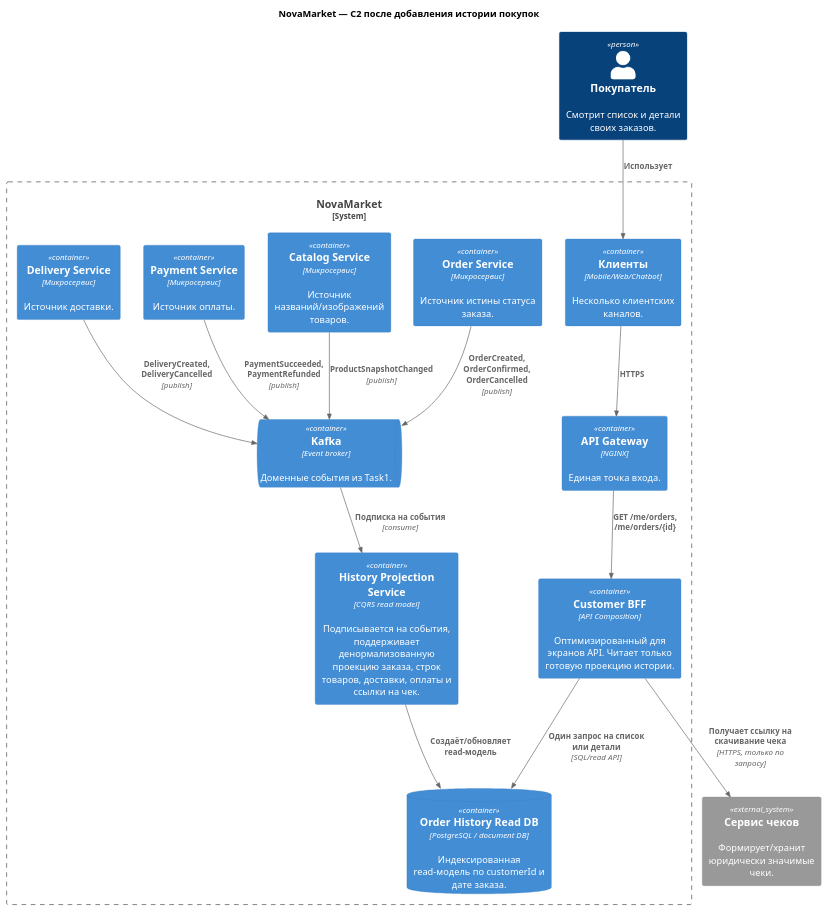
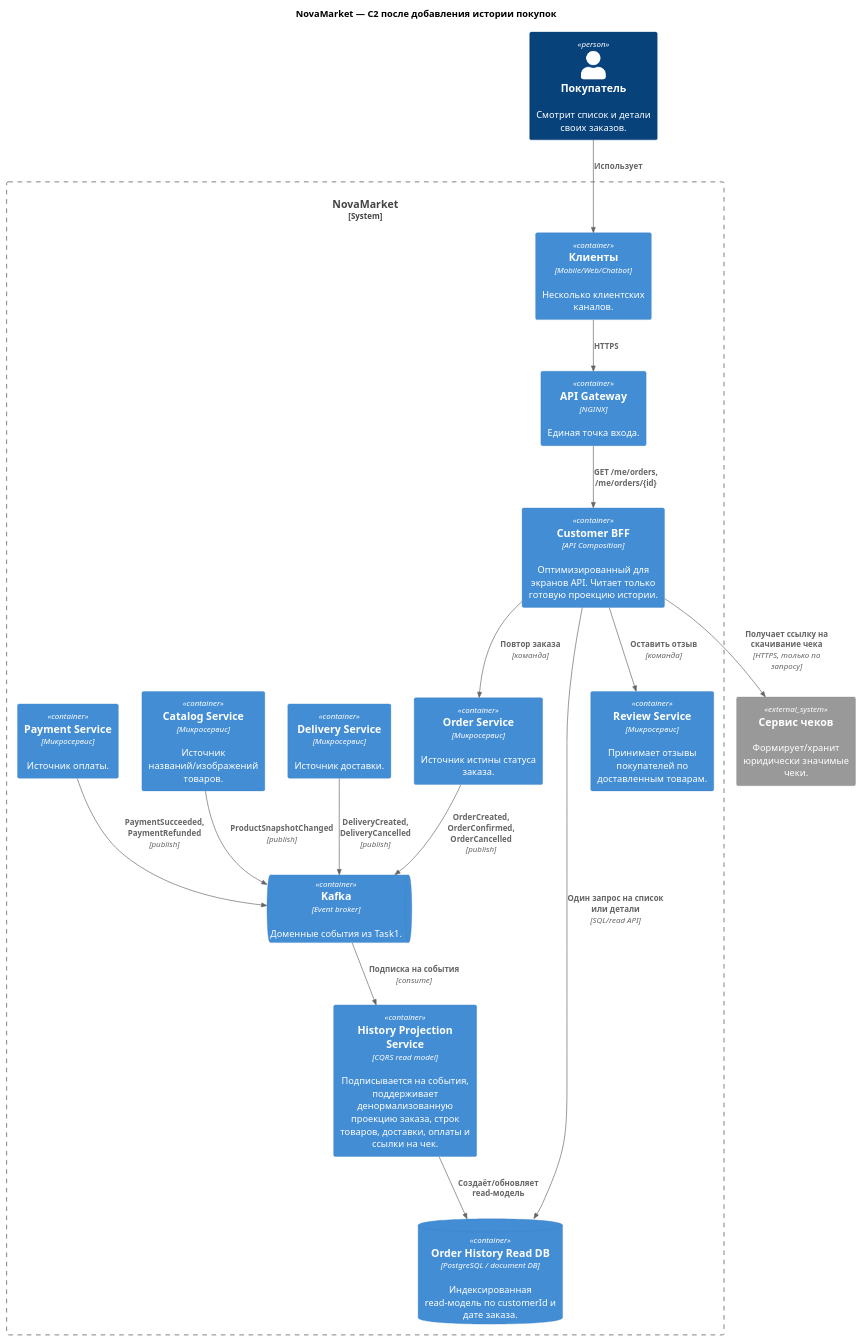
Before and after one commit to FFinn/MSA-3-NovaMarket-v1: the diagram in Task2/c2-order-history-architecture.puml, drawn with PlantUML. The commit also changed 26 other files, not shown here.

```diff
--- a/Task2/c2-order-history-architecture.puml
+++ b/Task2/c2-order-history-architecture.puml
@@ -1,31 +1,34 @@
 @startuml
 !include <C4/C4_Container>
 LAYOUT_TOP_DOWN()
 title NovaMarket — C2 после добавления истории покупок
 
 Person(customer, "Покупатель", "Смотрит список и детали своих заказов.")
 System_Ext(receipt, "Сервис чеков", "Формирует/хранит юридически значимые чеки.")
 System_Boundary(novamarket, "NovaMarket") {
  Container(mobile, "Клиенты", "Mobile/Web/Chatbot", "Несколько клиентских каналов.")
  Container(gateway, "API Gateway", "NGINX", "Единая точка входа.")
  Container(bff, "Customer BFF", "API Composition", "Оптимизированный для экранов API. Читает только готовую проекцию истории.")
  Container(history, "History Projection Service", "CQRS read model", "Подписывается на события, поддерживает денормализованную проекцию заказа, строк товаров, доставки, оплаты и ссылки на чек.")
  ContainerDb(historyDb, "Order History Read DB", "PostgreSQL / document DB", "Индексированная read-модель по customerId и дате заказа.")
  ContainerQueue(kafka, "Kafka", "Event broker", "Доменные события из Task1.")
  Container(order, "Order Service", "Микросервис", "Источник истины статуса заказа.")
+ Container(review, "Review Service", "Микросервис", "Принимает отзывы покупателей по доставленным товарам.")
  Container(catalog, "Catalog Service", "Микросервис", "Источник названий/изображений товаров.")
  Container(payment, "Payment Service", "Микросервис", "Источник оплаты.")
  Container(delivery, "Delivery Service", "Микросервис", "Источник доставки.")
 }
 Rel(customer, mobile, "Использует")
 Rel(mobile, gateway, "HTTPS")
 Rel(gateway, bff, "GET /me/orders, /me/orders/{id}")
 Rel(bff, historyDb, "Один запрос на список или детали", "SQL/read API")
 Rel(bff, receipt, "Получает ссылку на скачивание чека", "HTTPS, только по запросу")
+Rel(bff, order, "Повтор заказа", "команда")
+Rel(bff, review, "Оставить отзыв", "команда")
 Rel(order, kafka, "OrderCreated, OrderConfirmed, OrderCancelled", "publish")
 Rel(payment, kafka, "PaymentSucceeded, PaymentRefunded", "publish")
 Rel(delivery, kafka, "DeliveryCreated, DeliveryCancelled", "publish")
 Rel(catalog, kafka, "ProductSnapshotChanged", "publish")
 Rel(kafka, history, "Подписка на события", "consume")
 Rel(history, historyDb, "Создаёт/обновляет read-модель")
 @enduml
```
